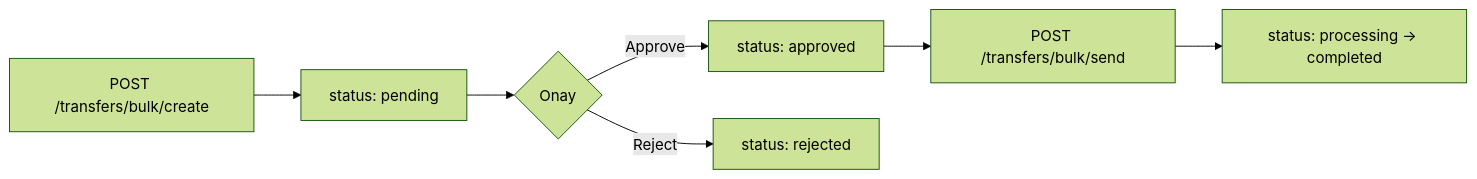
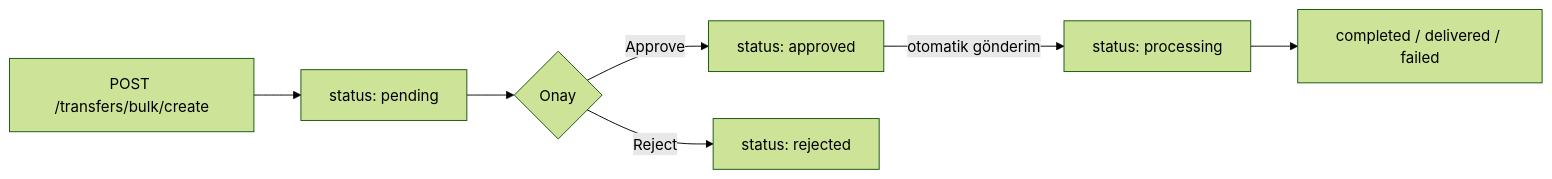
Before and after one commit to payment-pos/mintlify: the diagram in para-transferi/transfers/bulk-create.mdx, drawn with Mermaid (forest theme). The commit also changed other lines of this file and 13 other files, not shown here.

````diff
--- a/para-transferi/transfers/bulk-create.mdx
+++ b/para-transferi/transfers/bulk-create.mdx
@@ -18,9 +20,9 @@
 ```mermaid
 flowchart LR
     A[POST /transfers/bulk/create] --> B[status: pending]
     B --> C{Onay}
     C -->|Approve| D[status: approved]
     C -->|Reject| E[status: rejected]
-    D --> F[POST /transfers/bulk/send]
-    F --> G[status: processing → completed]
+    D -->|otomatik gönderim| F[status: processing]
+    F --> G[completed / delivered / failed]
 ```
````
